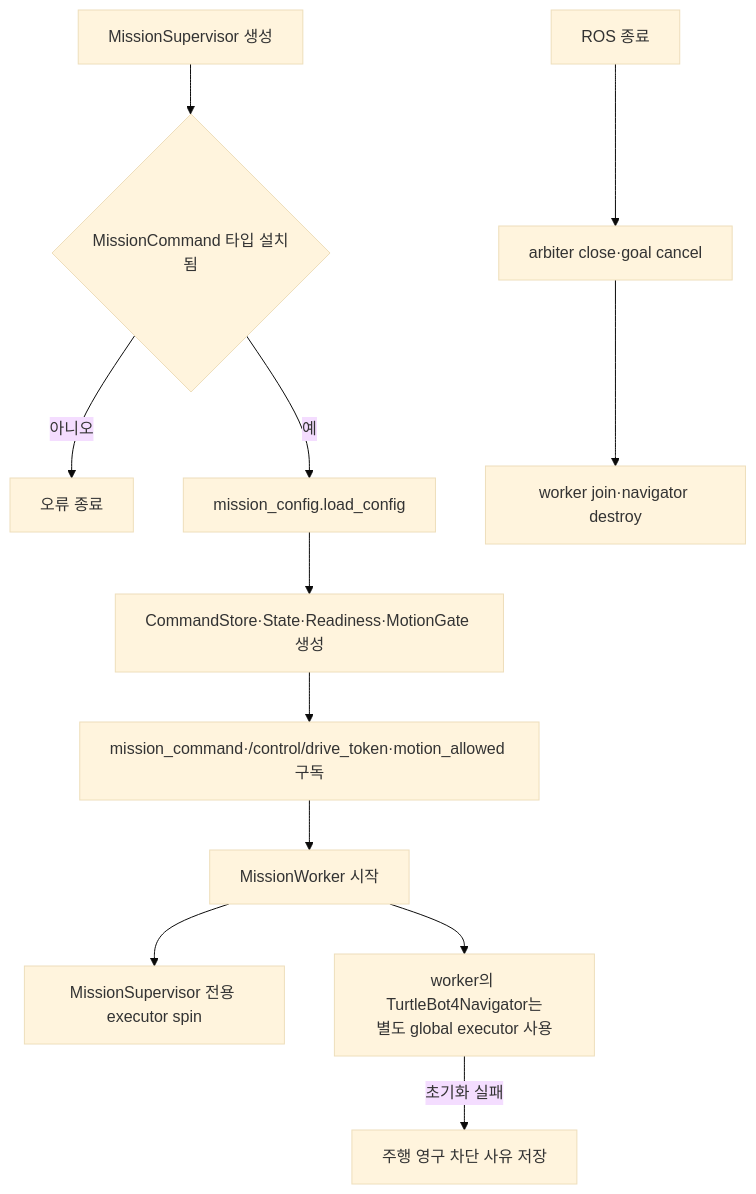
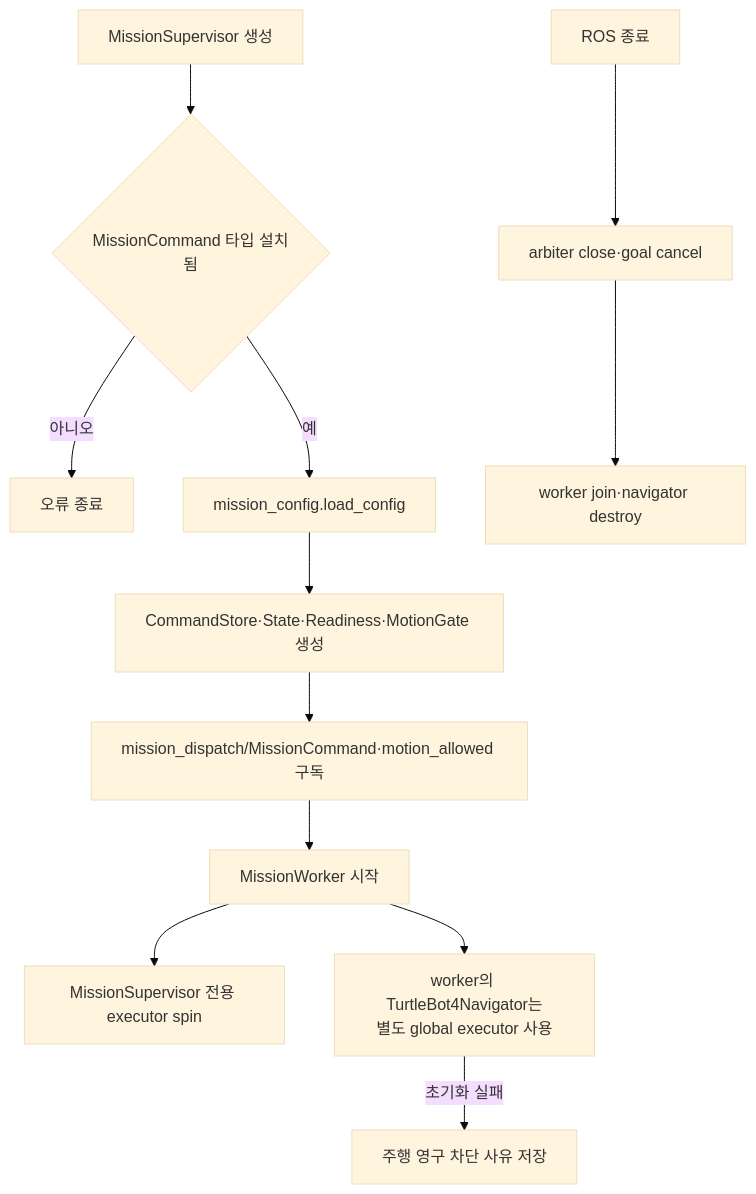
The second of 29 diagrams in src/patrol_amr/docs/mission_navigation.md (suuuhululu/patrol), drawn with Mermaid (base theme) before and after one commit. The commit also changed other lines of this file and 22 other files, not shown here.

```diff
--- a/src/patrol_amr/docs/mission_navigation.md
+++ b/src/patrol_amr/docs/mission_navigation.md
@@ -91,14 +93,14 @@
 ~~~mermaid
 flowchart TD
     A[MissionSupervisor 생성] --> B{MissionCommand 타입 설치됨}
     B -->|아니오| X[오류 종료]
     B -->|예| C[mission_config.load_config]
     C --> D[CommandStore·State·Readiness·MotionGate 생성]
-    D --> E[mission_command·/control/drive_token·motion_allowed 구독]
+    D --> E[mission_dispatch/MissionCommand·motion_allowed 구독]
     E --> F[MissionWorker 시작]
     F --> J[MissionSupervisor 전용 executor spin]
     F --> K[worker의 TurtleBot4Navigator는<br/>별도 global executor 사용]
     K -->|초기화 실패| L[주행 영구 차단 사유 저장]
     G[ROS 종료] --> H[arbiter close·goal cancel]
     H --> I[worker join·navigator destroy]
 ~~~
```
